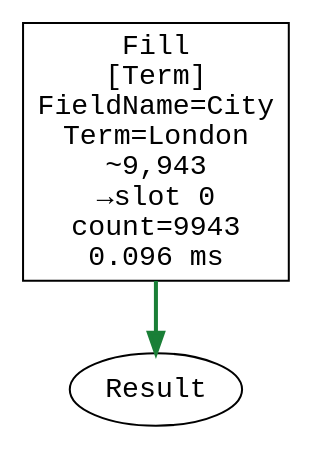
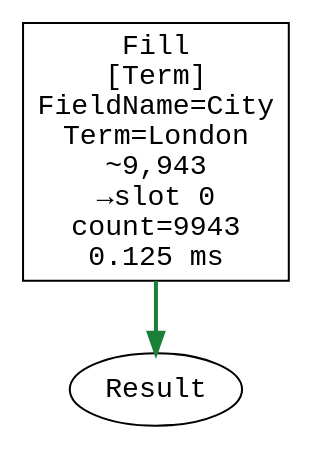
One commit to ayende/ravendb changed diagram 13 of 44 in corax-query-catalog.md. Above: the diagram before and after it, drawn with Graphviz. The commit also changed other lines of this file and 1 other file, not shown here.

First line of the commit message:
RavenDB-25281 Regenerate query catalog for producer-node rendering

````diff
--- a/corax-query-catalog.md
+++ b/corax-query-catalog.md
@@ -1161,9 +1161,9 @@
 ```dot
 digraph QueryPlan {
   rankdir=TB;
-  node [shape=box, fontname="monospace"];
-  op0 [label="Fill\n[Term]\nFieldName=City\nTerm=London\n~9,943\n→slot 0\ncount=9943\n0.096 ms", data_destslot="0", data_dispatch="Term", data_fieldname="City", data_term="London", data_estimatedrows="9,943", data_count="9943", data_ms="0.096"];
-  result [shape=ellipse, label="Result"];
-  op0 -> result [style=bold, color="#1a7f37"];
+  node [shape="box", fontname="monospace"];
+  op0 [label="Fill\n[Term]\nFieldName=City\nTerm=London\n~9,943\n→slot 0\ncount=9943\n0.125 ms", data_operation="Fill", data_destslot="0", data_dispatch="Term", data_fieldname="City", data_term="London", data_estimatedrows="9,943", data_count="9943", data_ms="0.125", data_taken="True"];
+  result [shape="ellipse", label="Result", data_operation="Result"];
+  op0 -> result [style="bold", color="#1a7f37", data_kind="result", data_variant="bitmap-final", data_flow="on"];
 }
 ```
````
